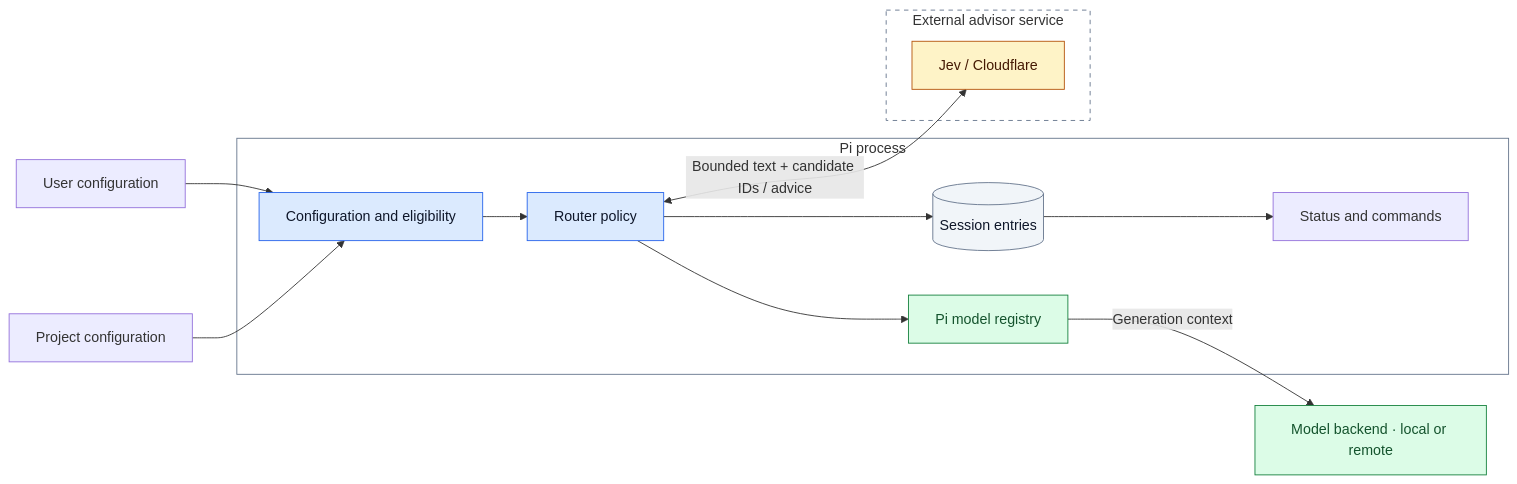
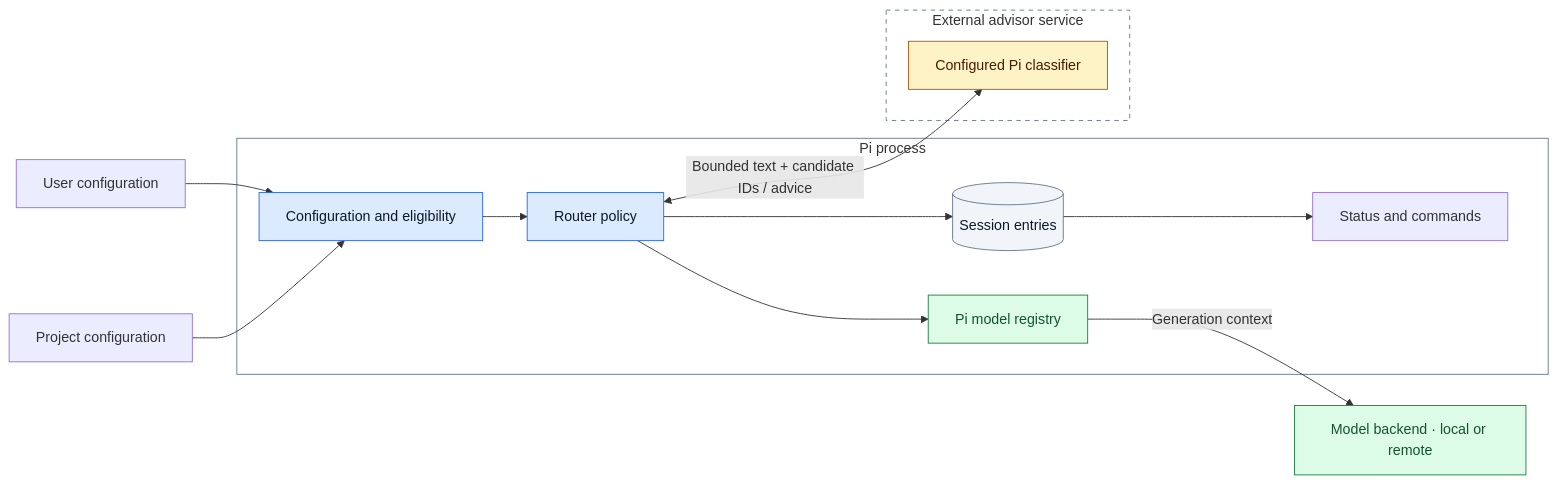
The first of 3 diagrams in docs/architecture.md (alexei-led/pi-model-router), drawn with Mermaid before and after one commit. The commit also changed other lines of this file and 48 other files, not shown here.

````diff
--- a/docs/architecture.md
+++ b/docs/architecture.md
@@ -8,26 +8,26 @@
 ```mermaid
 flowchart LR
     User["User configuration"] --> Config
     Project["Project configuration"] --> Config
     subgraph Process["Pi process"]
         Config["Configuration and eligibility"] --> Router["Router policy"]
         Router --> Registry["Pi model registry"]
         Router --> State[("Session entries")]
         State --> UI["Status and commands"]
     end
     subgraph External["External advisor service"]
-        Jev["Jev / Cloudflare"]
+        Classifier["Configured Pi classifier"]
     end
-    Router <-->|"Bounded text + candidate IDs / advice"| Jev
+    Router <-->|"Bounded text + candidate IDs / advice"| Classifier
     Registry -->|"Generation context"| Model["Model backend · local or remote"]
     classDef policy fill:#dbeafe,stroke:#2563eb,color:#0f172a
     classDef advisor fill:#fef3c7,stroke:#b45309,color:#451a03
     classDef generation fill:#dcfce7,stroke:#15803d,color:#14532d
     classDef local fill:#f1f5f9,stroke:#64748b,color:#0f172a
     class Config,Router policy
-    class Jev advisor
+    class Classifier advisor
     class Registry,Model generation
     class State local
     style Process fill:transparent,stroke:#64748b
     style External fill:transparent,stroke:#64748b,stroke-dasharray:5 5
 ```
````
